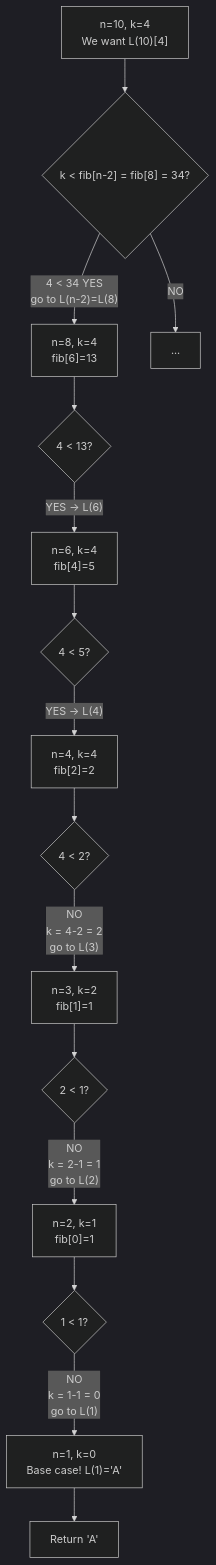
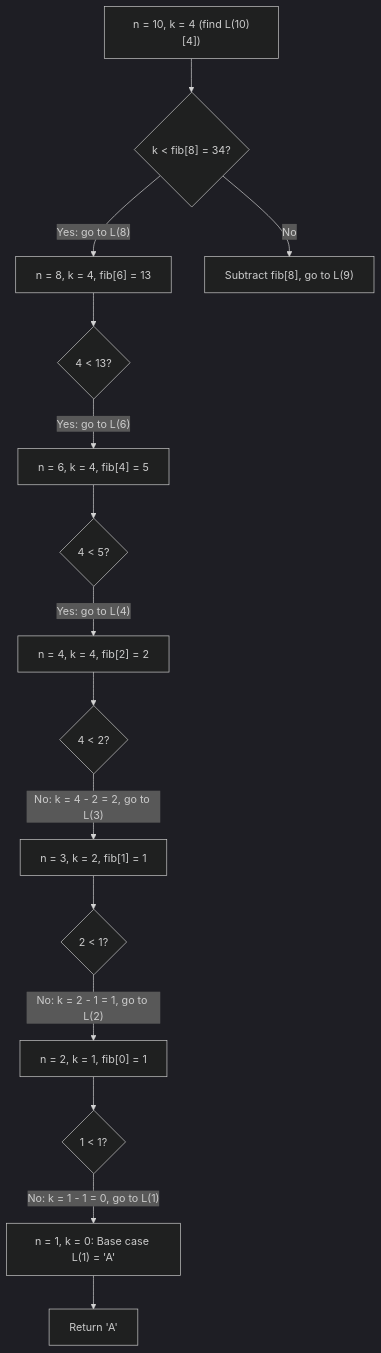
The diagram in content/Main Notes/3rd Year/Term 1/CSALGCM/Module 2 - Divide and Conquer/Problem Sets/[PS] Priestess Arcana Problems/02 - Laughter Is The Best Medicine.md (2ru17/Project-Engram), drawn with Mermaid (dark theme) before and after one commit. The commit also changed other lines of this file and 84 other files, not shown here.

````diff
--- a/content/Main Notes/3rd Year/Term 1/CSALGCM/Module 2 - Divide and Conquer/Problem Sets/[PS] Priestess Arcana Problems/02 - Laughter Is The Best Medicine.md
+++ b/content/Main Notes/3rd Year/Term 1/CSALGCM/Module 2 - Divide and Conquer/Problem Sets/[PS] Priestess Arcana Problems/02 - Laughter Is The Best Medicine.md
@@ -134,25 +167,17 @@
 ```mermaid
 flowchart TD
-    Start["n=10, k=4\nWe want L(10)[4]"] --> Check1
-
-    Check1{"k < fib[n-2] = fib[8] = 34?"}
-    Check1 -->|"4 < 34 YES\ngo to L(n-2)=L(8)"| N8
-    Check1 -->|NO| SkipA["..."]
-
-    N8["n=8, k=4\nfib[6]=13"] --> Check2
-    Check2{"4 < 13?"}
-    Check2 -->|"YES -> L(6)"| N6
-    N6["n=6, k=4\nfib[4]=5"] --> Check3
-    Check3{"4 < 5?"}
-    Check3 -->|"YES -> L(4)"| N4
-    N4["n=4, k=4\nfib[2]=2"] --> Check4
-    Check4{"4 < 2?"}
-    Check4 -->|"NO\nk = 4-2 = 2\ngo to L(3)"| N3
-    N3["n=3, k=2\nfib[1]=1"] --> Check5
-    Check5{"2 < 1?"}
-    Check5 -->|"NO\nk = 2-1 = 1\ngo to L(2)"| N2
-    N2["n=2, k=1\nfib[0]=1"] --> Check6
-    Check6{"1 < 1?"}
-    Check6 -->|"NO\nk = 1-1 = 0\ngo to L(1)"| N1
-    N1["n=1, k=0\nBase case! L(1)='A'"] --> Result["Return 'A' "]
+    Start["n = 10, k = 4 (find L(10)[4])"] --> Check1{"k < fib[8] = 34?"}
+    Check1 -->|"Yes: go to L(8)"| N8["n = 8, k = 4, fib[6] = 13"]
+    Check1 -->|"No"| SkipA["Subtract fib[8], go to L(9)"]
+    N8 --> Check2{"4 < 13?"}
+    Check2 -->|"Yes: go to L(6)"| N6["n = 6, k = 4, fib[4] = 5"]
+    N6 --> Check3{"4 < 5?"}
+    Check3 -->|"Yes: go to L(4)"| N4["n = 4, k = 4, fib[2] = 2"]
+    N4 --> Check4{"4 < 2?"}
+    Check4 -->|"No: k = 4 - 2 = 2, go to L(3)"| N3["n = 3, k = 2, fib[1] = 1"]
+    N3 --> Check5{"2 < 1?"}
+    Check5 -->|"No: k = 2 - 1 = 1, go to L(2)"| N2["n = 2, k = 1, fib[0] = 1"]
+    N2 --> Check6{"1 < 1?"}
+    Check6 -->|"No: k = 1 - 1 = 0, go to L(1)"| N1["n = 1, k = 0: Base case L(1) = 'A'"]
+    N1 --> Result["Return 'A'"]
 ```
````
